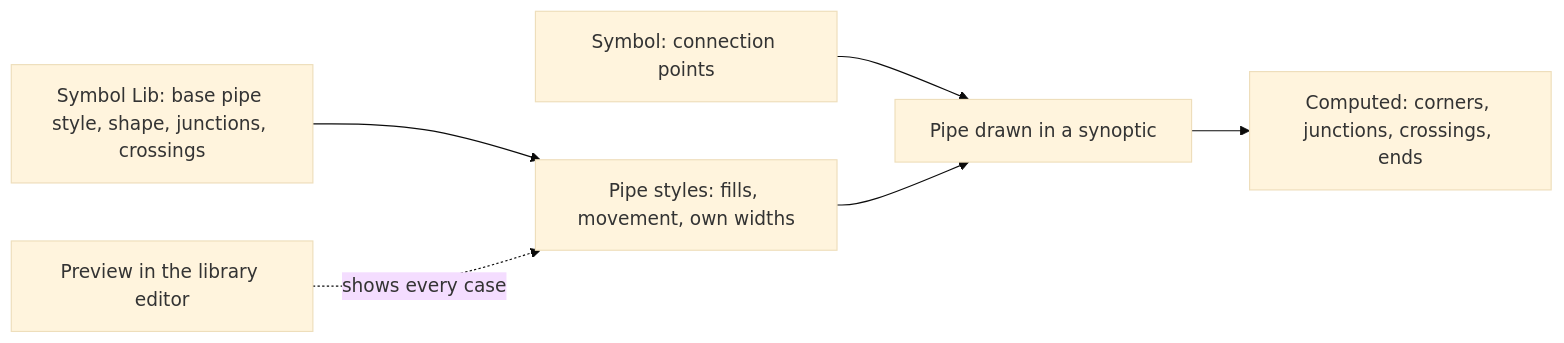
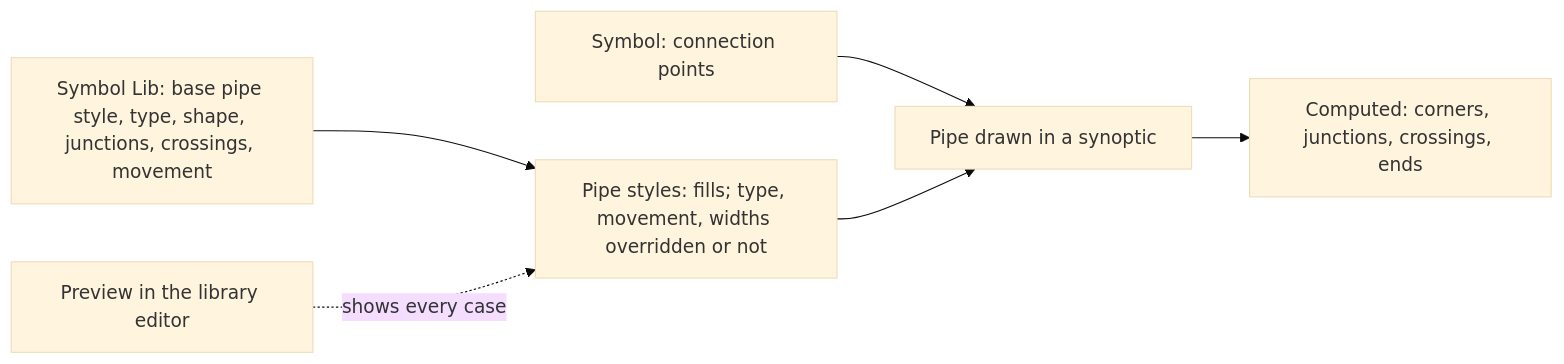
The first of 2 diagrams in symbols/pipes/README.md (AlexandreGallais/synoptic-studio-spec), drawn with Mermaid (base theme) before and after one commit. The commit also changed other lines of this file and 8 other files, not shown here.

First line of the commit message:
docs(pipes): add linked type to the base, reset overrides, end shape page

````diff
--- a/symbols/pipes/README.md
+++ b/symbols/pipes/README.md
@@ -33,8 +33,8 @@
 ```mermaid
 flowchart LR
     SY["Symbol: connection points"] --> P["Pipe drawn in a synoptic"]
-    B["Symbol Lib: base pipe style, shape, junctions, crossings"] --> L["Pipe styles: fills, movement, own widths"]
+    B["Symbol Lib: base pipe style, type, shape, junctions, crossings, movement"] --> L["Pipe styles: fills; type, movement, widths overridden or not"]
     L --> P
     P --> C["Computed: corners, junctions, crossings, ends"]
     T["Preview in the library editor"] -.->|"shows every case"| L
 ```
````
